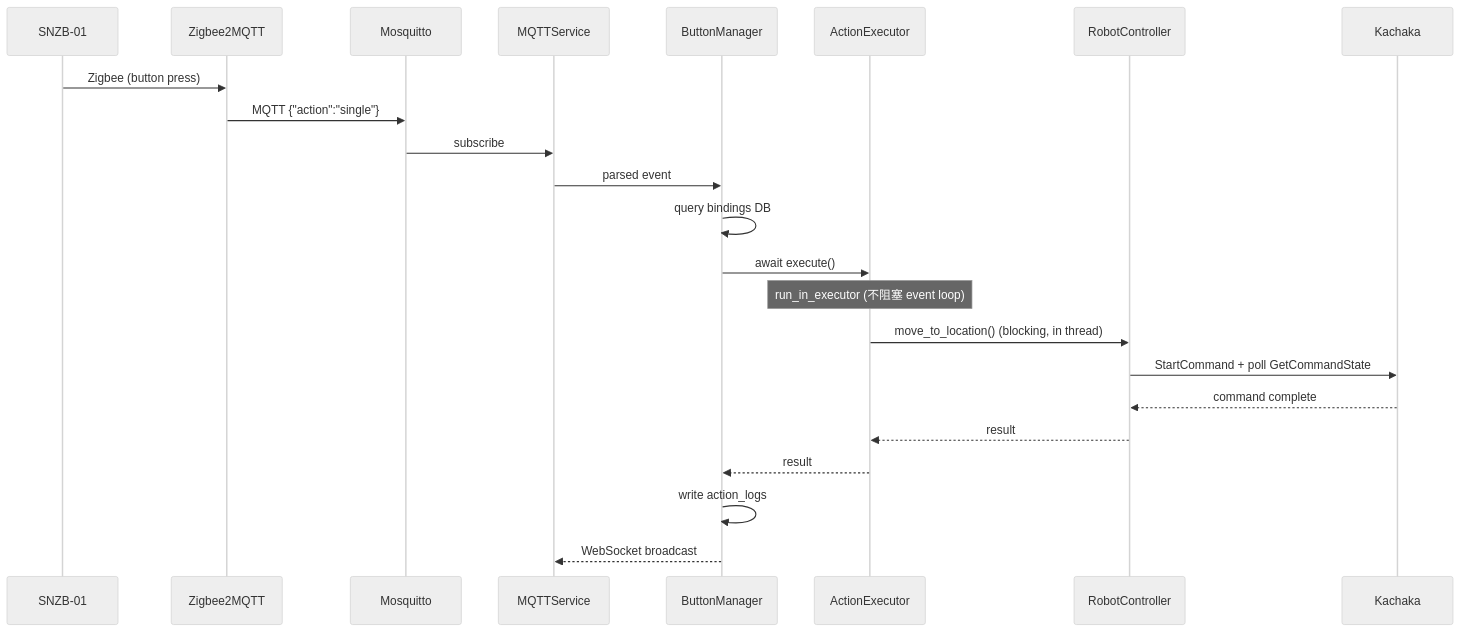
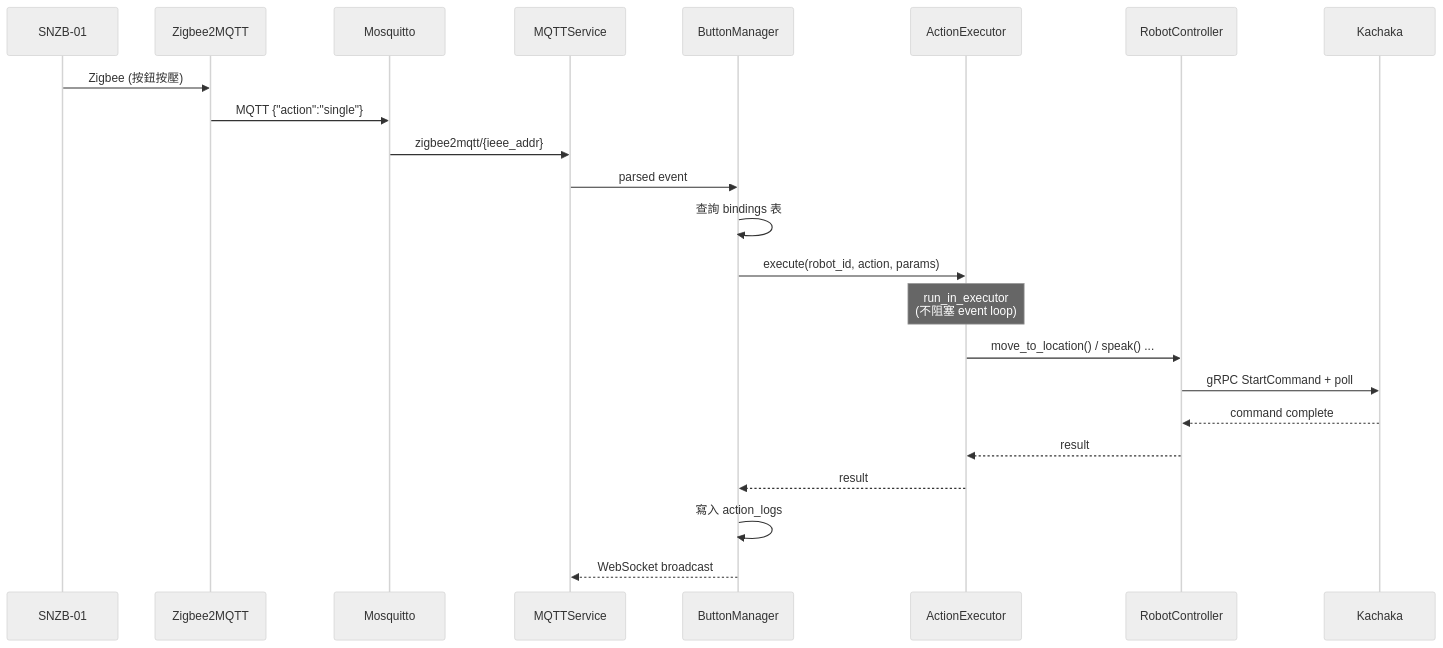
The third of 5 diagrams in README.md (Sigma-Snaken/pi-zigbee), drawn with Mermaid (neutral theme) before and after one commit. The commit also changed other lines of this file, not shown here.

First line of the commit message:
docs: rewrite README with comprehensive hardware/software architecture

````diff
--- a/README.md
+++ b/README.md
@@ -132,26 +117,26 @@
 ```mermaid
 sequenceDiagram
     participant B as SNZB-01
     participant Z as Zigbee2MQTT
     participant M as Mosquitto
     participant MS as MQTTService
     participant BM as ButtonManager
     participant AE as ActionExecutor
     participant RC as RobotController
     participant K as Kachaka
 
-    B->>Z: Zigbee (button press)
+    B->>Z: Zigbee (按鈕按壓)
     Z->>M: MQTT {"action":"single"}
-    M->>MS: subscribe
+    M->>MS: zigbee2mqtt/{ieee_addr}
     MS->>BM: parsed event
-    BM->>BM: query bindings DB
-    BM->>AE: await execute()
-    Note over AE: run_in_executor (不阻塞 event loop)
-    AE->>RC: move_to_location() (blocking, in thread)
-    RC->>K: StartCommand + poll GetCommandState
+    BM->>BM: 查詢 bindings 表
+    BM->>AE: execute(robot_id, action, params)
+    Note over AE: run_in_executor<br/>(不阻塞 event loop)
+    AE->>RC: move_to_location() / speak() ...
+    RC->>K: gRPC StartCommand + poll
     K-->>RC: command complete
     RC-->>AE: result
     AE-->>BM: result
-    BM->>BM: write action_logs
+    BM->>BM: 寫入 action_logs
     BM-->>MS: WebSocket broadcast
 ```
````
